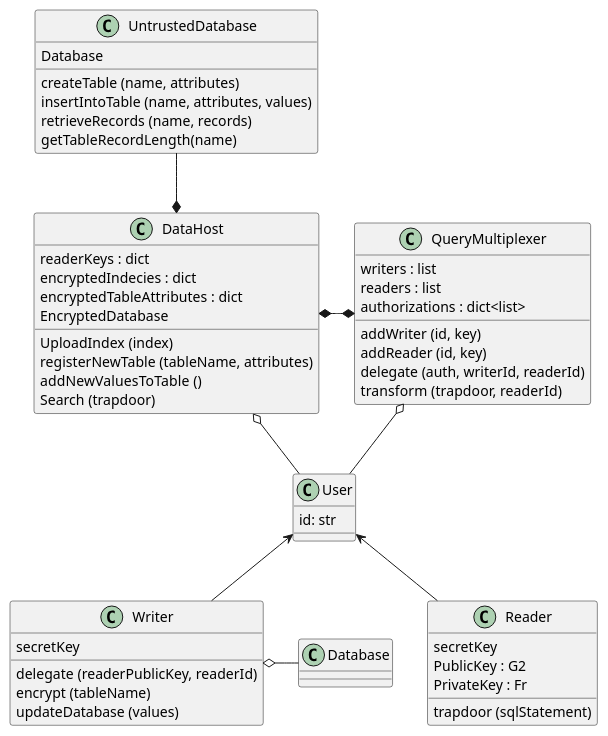
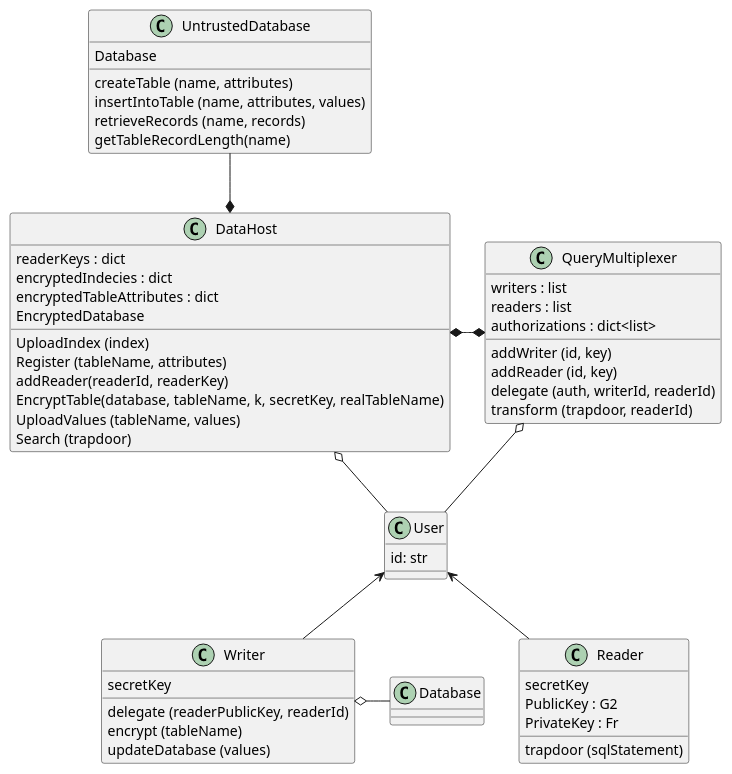
The diagram in scheme/diagrams/scheme.puml (Cis-4520-Gaviel/Molecule-Viewer-Dataviewer), drawn with PlantUML before and after one commit.

Commit message:
add more to class diagram

```diff
--- a/scheme/diagrams/scheme.puml
+++ b/scheme/diagrams/scheme.puml
@@ -1,52 +1,55 @@
 @startuml scheme
 class User
 User : id: str
 class UntrustedDatabase
 class Reader
 class Writer
 class Database
 class QueryMultiplexer
 class DataHost
 
 Reader : secretKey
 Reader : PublicKey : G2
 Reader : PrivateKey : Fr
 
 Writer : secretKey
 DataHost : readerKeys : dict
 DataHost : encryptedIndecies : dict
 DataHost : encryptedTableAttributes : dict
 DataHost : EncryptedDatabase
 DataHost : UploadIndex (index)
-DataHost : registerNewTable (tableName, attributes)
-DataHost : addNewValuesToTable ()
+DataHost : Register (tableName, attributes)
+DataHost : addReader(readerId, readerKey)
+DataHost : EncryptTable(database, tableName, k, secretKey, realTableName)
+DataHost : UploadValues (tableName, values)
 DataHost : Search (trapdoor)
+
 
 QueryMultiplexer : writers : list
 QueryMultiplexer : readers : list
 QueryMultiplexer : authorizations : dict<list>
 QueryMultiplexer : addWriter (id, key)
 QueryMultiplexer : addReader (id, key)
 QueryMultiplexer : delegate (auth, writerId, readerId)
 QueryMultiplexer : transform (trapdoor, readerId)
 
 UntrustedDatabase : Database
 UntrustedDatabase : createTable (name, attributes)
 UntrustedDatabase : insertIntoTable (name, attributes, values)
 UntrustedDatabase : retrieveRecords (name, records)
 UntrustedDatabase : getTableRecordLength(name)
 
 Writer : delegate (readerPublicKey, readerId)
 Writer : encrypt (tableName)
 Writer : updateDatabase (values)
 
 Reader : trapdoor (sqlStatement)
 
 UntrustedDatabase --* DataHost
 DataHost *-* QueryMultiplexer
 QueryMultiplexer o-- User
 DataHost o-- User
 User <-- Reader
 User <-- Writer
 Writer o- Database
 @enduml
```
